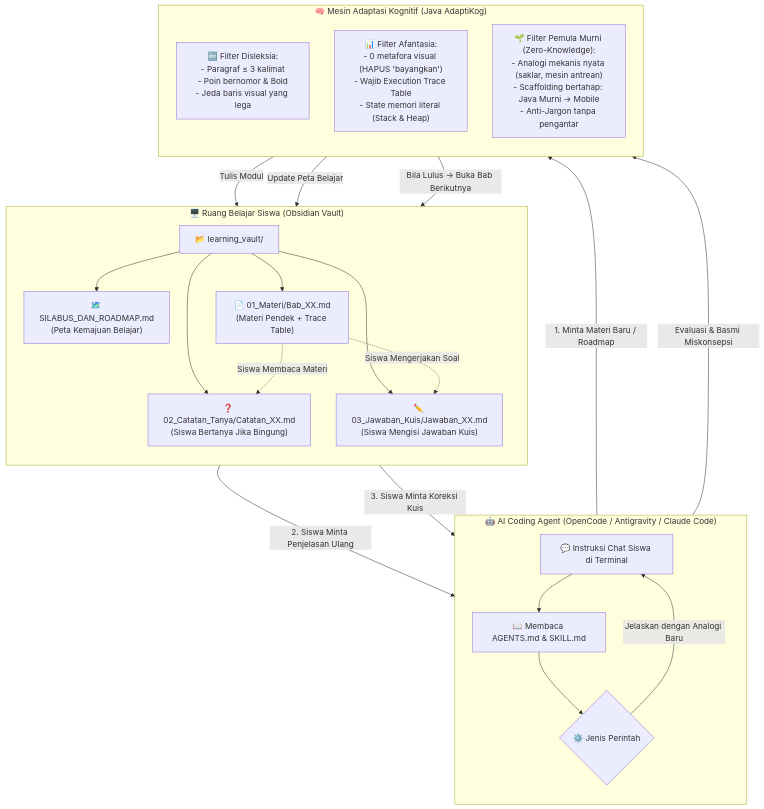
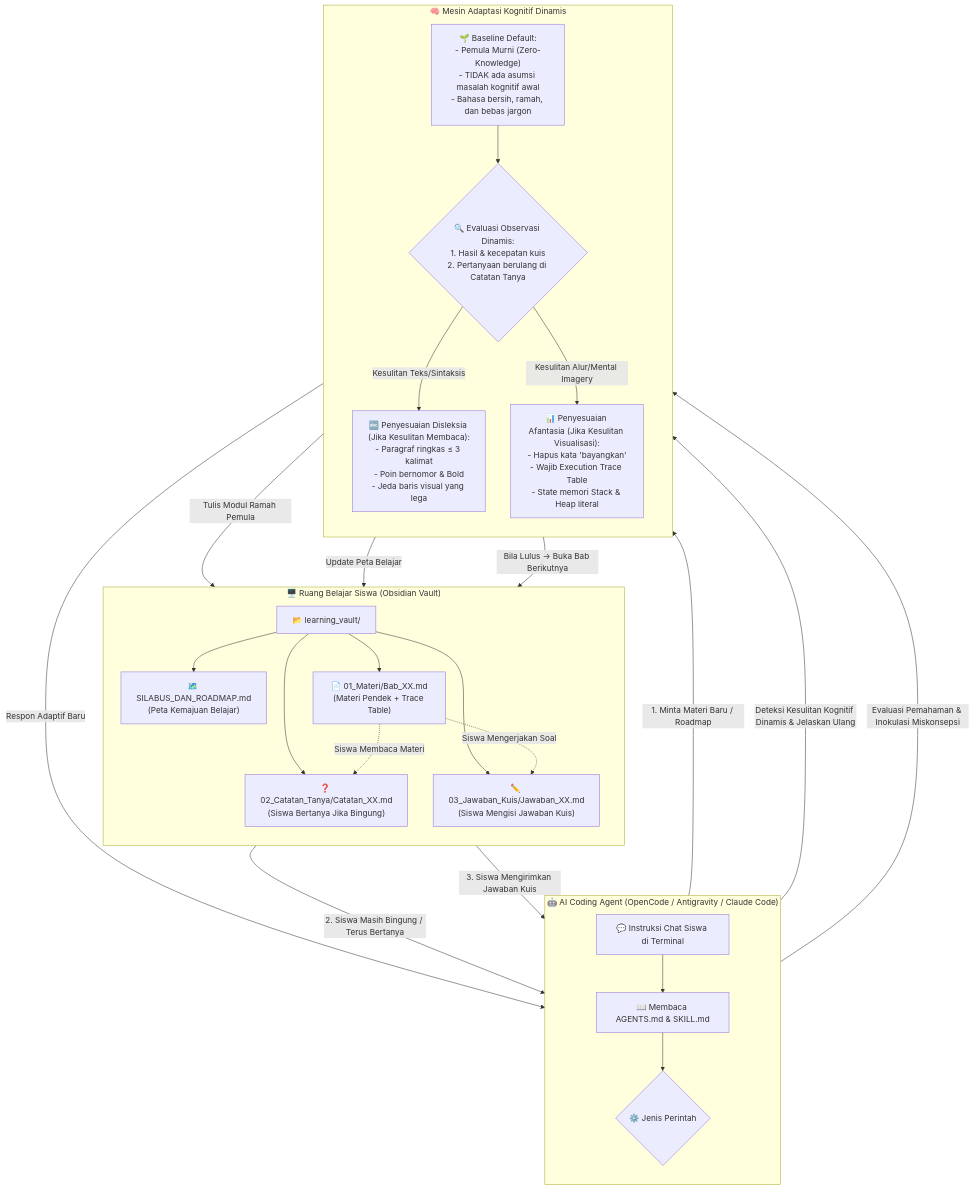
The diagram in README.md (Lasains/adaptiq-subagent), drawn with Mermaid before and after one commit. The commit also changed other lines of this file and 4 other files, not shown here.

Commit message:
feat(pedagogy): set zero-beginner as default baseline with dynamic cognitive adaptation on struggle

````diff
--- a/README.md
+++ b/README.md
@@ -163,46 +163,54 @@
 ```mermaid
 flowchart TD
     subgraph SISWA_WORKSPACE["🖥️ Ruang Belajar Siswa (Obsidian Vault)"]
         direction TB
         VAULT_DIR["📂 learning_vault/"]
         MATERI["📄 01_Materi/Bab_XX.md\n(Materi Pendek + Trace Table)"]
         TANYA["❓ 02_Catatan_Tanya/Catatan_XX.md\n(Siswa Bertanya Jika Bingung)"]
         KUIS["✏️ 03_Jawaban_Kuis/Jawaban_XX.md\n(Siswa Mengisi Jawaban Kuis)"]
         ROADMAP["🗺️ SILABUS_DAN_ROADMAP.md\n(Peta Kemajuan Belajar)"]
         
         VAULT_DIR --> ROADMAP
         VAULT_DIR --> MATERI
         VAULT_DIR --> TANYA
         VAULT_DIR --> KUIS
     end
 
     subgraph AGENT_LAYER["🤖 AI Coding Agent (OpenCode / Antigravity / Claude Code)"]
         direction TB
         PROMPT_IN["💬 Instruksi Chat Siswa di Terminal"]
         RULE_READER["📖 Membaca AGENTS.md & SKILL.md"]
         ACTION_DISPATCHER{"⚙️ Jenis Perintah"}
         
         PROMPT_IN --> RULE_READER --> ACTION_DISPATCHER
     end
 
-    subgraph COGNITIVE_ENGINE["🧠 Mesin Adaptasi Kognitif (Java AdaptiKog)"]
+    subgraph COGNITIVE_ENGINE["🧠 Mesin Adaptasi Kognitif Dinamis"]
         direction TB
-        DYSLEXIA["🔤 Filter Disleksia:\n- Paragraf ≤ 3 kalimat\n- Poin bernomor & Bold\n- Jeda baris visual yang lega"]
-        APHANTASIA["📊 Filter Afantasia:\n- 0 metafora visual (HAPUS 'bayangkan')\n- Wajib Execution Trace Table\n- State memori literal (Stack & Heap)"]
-        ZERO_KNOW["🌱 Filter Pemula Murni (Zero-Knowledge):\n- Analogi mekanis nyata (saklar, mesin antrean)\n- Scaffolding bertahap: Java Murni -> Mobile\n- Anti-Jargon tanpa pengantar"]
+        BASELINE["🌱 Baseline Default:\n- Pemula Murni (Zero-Knowledge)\n- TIDAK ada asumsi masalah kognitif awal\n- Bahasa bersih, ramah, dan bebas jargon"]
+        
+        DIAGNOSTIC{"🔍 Evaluasi Observasi Dinamis:\n1. Hasil & kecepatan kuis\n2. Pertanyaan berulang di Catatan Tanya"}
+        
+        DYSLEXIA["🔤 Penyesuaian Disleksia (Jika Kesulitan Membaca):\n- Paragraf ringkas ≤ 3 kalimat\n- Poin bernomor & Bold\n- Jeda baris visual yang lega"]
+        APHANTASIA["📊 Penyesuaian Afantasia (Jika Kesulitan Visualisasi):\n- Hapus kata 'bayangkan'\n- Wajib Execution Trace Table\n- State memori Stack & Heap literal"]
+        
+        BASELINE --> DIAGNOSTIC
+        DIAGNOSTIC -->|Kesulitan Teks/Sintaksis| DYSLEXIA
+        DIAGNOSTIC -->|Kesulitan Alur/Mental Imagery| APHANTASIA
     end
 
     %% Hubungan Alur Kerja
     ACTION_DISPATCHER -->|1. Minta Materi Baru / Roadmap| COGNITIVE_ENGINE
-    COGNITIVE_ENGINE -->|Tulis Modul| MATERI
+    COGNITIVE_ENGINE -->|Tulis Modul Ramah Pemula| MATERI
     COGNITIVE_ENGINE -->|Update Peta Belajar| ROADMAP
 
     MATERI -.->|Siswa Membaca Materi| TANYA
-    TANYA -->|2. Siswa Minta Penjelasan Ulang| ACTION_DISPATCHER
-    ACTION_DISPATCHER -->|Jelaskan dengan Analogi Baru| PROMPT_IN
+    TANYA -->|2. Siswa Masih Bingung / Terus Bertanya| ACTION_DISPATCHER
+    ACTION_DISPATCHER -->|Deteksi Kesulitan Kognitif Dinamis & Jelaskan Ulang| COGNITIVE_ENGINE
+    COGNITIVE_ENGINE -->|Respon Adaptif Baru| PROMPT_IN
 
     MATERI -.->|Siswa Mengerjakan Soal| KUIS
-    KUIS -->|3. Siswa Minta Koreksi Kuis| ACTION_DISPATCHER
-    ACTION_DISPATCHER -->|Evaluasi & Basmi Miskonsepsi| COGNITIVE_ENGINE
+    KUIS -->|3. Siswa Mengirimkan Jawaban Kuis| ACTION_DISPATCHER
+    ACTION_DISPATCHER -->|Evaluasi Pemahaman & Inokulasi Miskonsepsi| COGNITIVE_ENGINE
     COGNITIVE_ENGINE -->|Bila Lulus -> Buka Bab Berikutnya| MATERI
 ```
````
